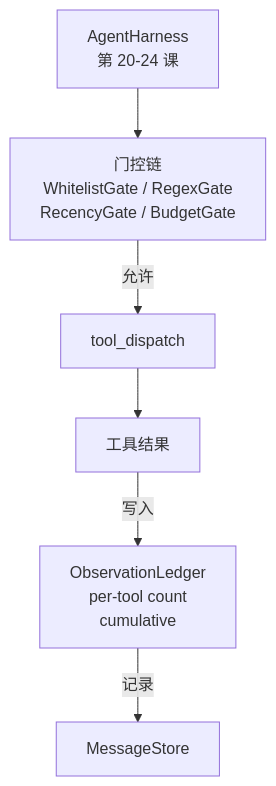
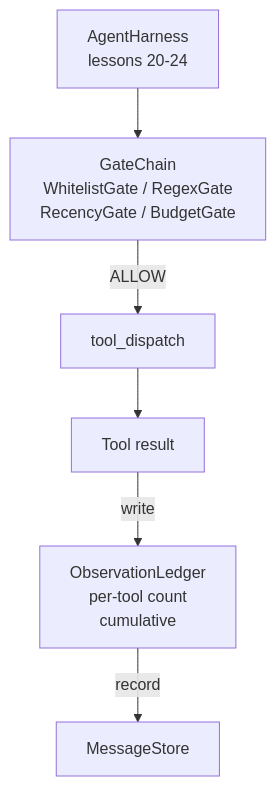
Before and after one commit to xiaojiaenen/ai-engineering-from-scratch-zh: the second of 2 diagrams in i18n/zh/phases/19-capstone-projects/25-verification-gates-observation-budget/docs/zh.md, drawn with Mermaid. The commit also changed other lines of this file and 85 other files, not shown here.

````diff
--- a/i18n/zh/phases/19-capstone-projects/25-verification-gates-observation-budget/docs/zh.md
+++ b/i18n/zh/phases/19-capstone-projects/25-verification-gates-observation-budget/docs/zh.md
@@ -59,8 +59,8 @@
 ```mermaid
 flowchart TD
-  Harness[AgentHarness<br/>第 20-24 课] --> Chain[门控链<br/>WhitelistGate / RegexGate<br/>RecencyGate / BudgetGate]
-  Chain -->|允许| Dispatch[tool_dispatch]
-  Dispatch --> Result[工具结果]
-  Result -->|写入| Ledger[ObservationLedger<br/>per-tool count<br/>cumulative]
-  Ledger -->|记录| Store[MessageStore]
+  Harness[AgentHarness<br/>lessons 20-24] --> Chain[GateChain<br/>WhitelistGate / RegexGate<br/>RecencyGate / BudgetGate]
+  Chain -->|ALLOW| Dispatch[tool_dispatch]
+  Dispatch --> Result[Tool result]
+  Result -->|write| Ledger[ObservationLedger<br/>per-tool count<br/>cumulative]
+  Ledger -->|record| Store[MessageStore]
 ```
````
